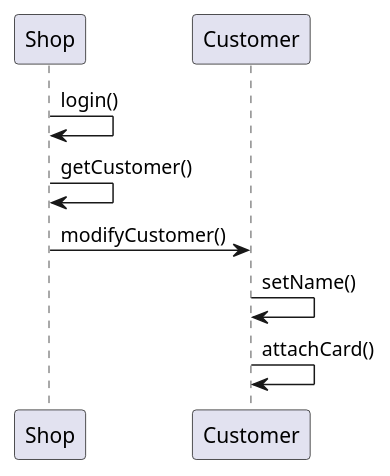
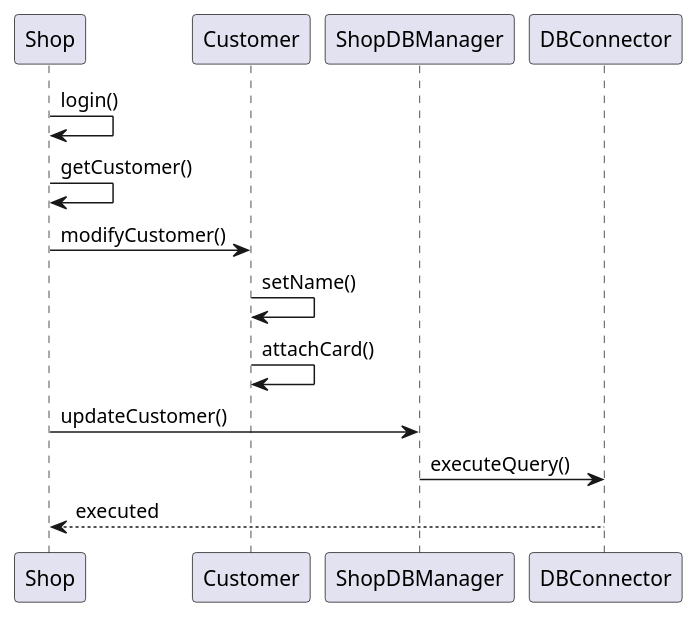
One commit to Ralls0/ezshop changed the sixth of 9 diagrams in Deliverables/DesignDocument.md. Above: the diagram before and after it, drawn with PlantUML. The commit also changed other lines of this file, not shown here.

Commit message:
Update Verification sequence diagram

````diff
--- a/Deliverables/DesignDocument.md
+++ b/Deliverables/DesignDocument.md
@@ -384,7 +397,10 @@
 ```plantuml
 Shop -> Shop : login()
 Shop -> Shop : getCustomer()
 Shop -> Customer : modifyCustomer()
 Customer -> Customer : setName()
 Customer -> Customer : attachCard()
+Shop -> ShopDBManager : updateCustomer()
+ShopDBManager -> DBConnector : executeQuery()
+DBConnector --> Shop: executed
 ```
````
